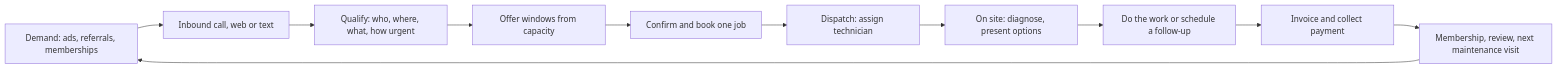
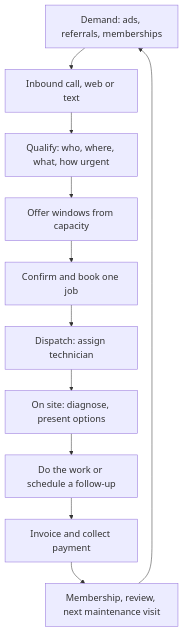
Before and after one commit to sp7412/onboarding: the diagram in docs/whitepaper/03-how-a-contractor-works.md, drawn with Mermaid.

Commit message:
Improve job lifecycle Mermaid diagram readability

````diff
--- a/docs/whitepaper/03-how-a-contractor-works.md
+++ b/docs/whitepaper/03-how-a-contractor-works.md
@@ -24,13 +24,14 @@
 ```mermaid
-flowchart LR
+%%{init: {"themeVariables": {"fontSize": "18px"}, "flowchart": {"nodeSpacing": 36, "rankSpacing": 42}}}%%
+flowchart TB
     A[Demand: ads, referrals, memberships] --> B[Inbound call, web or text]
     B --> C[Qualify: who, where, what, how urgent]
     C --> D[Offer windows from capacity]
     D --> E[Confirm and book one job]
     E --> F[Dispatch: assign technician]
     F --> G[On site: diagnose, present options]
     G --> H[Do the work or schedule a follow-up]
     H --> I[Invoice and collect payment]
     I --> J[Membership, review, next maintenance visit]
     J --> A
 ```
````
